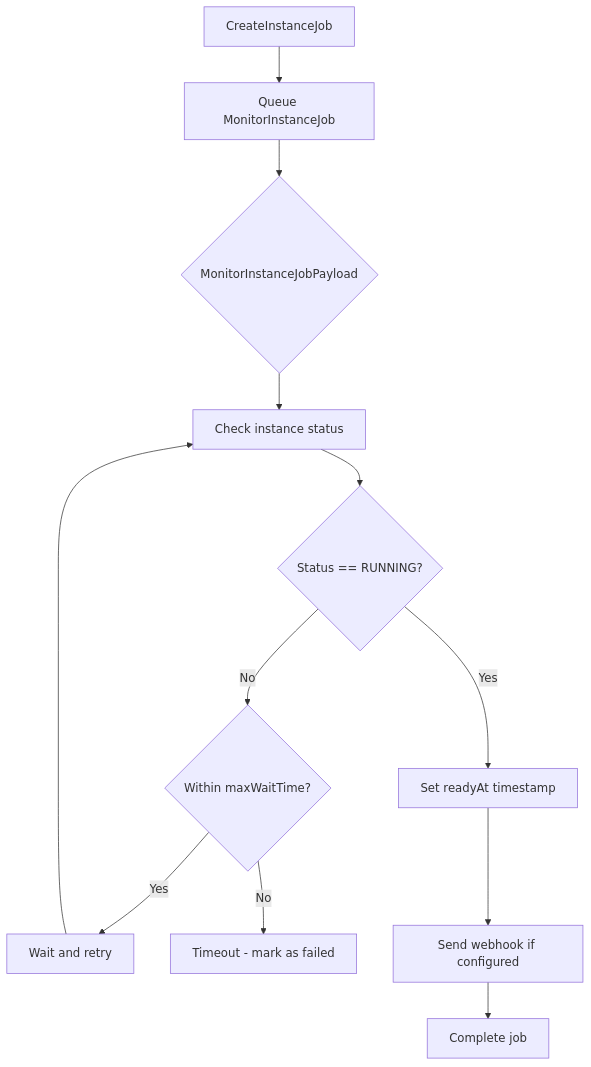
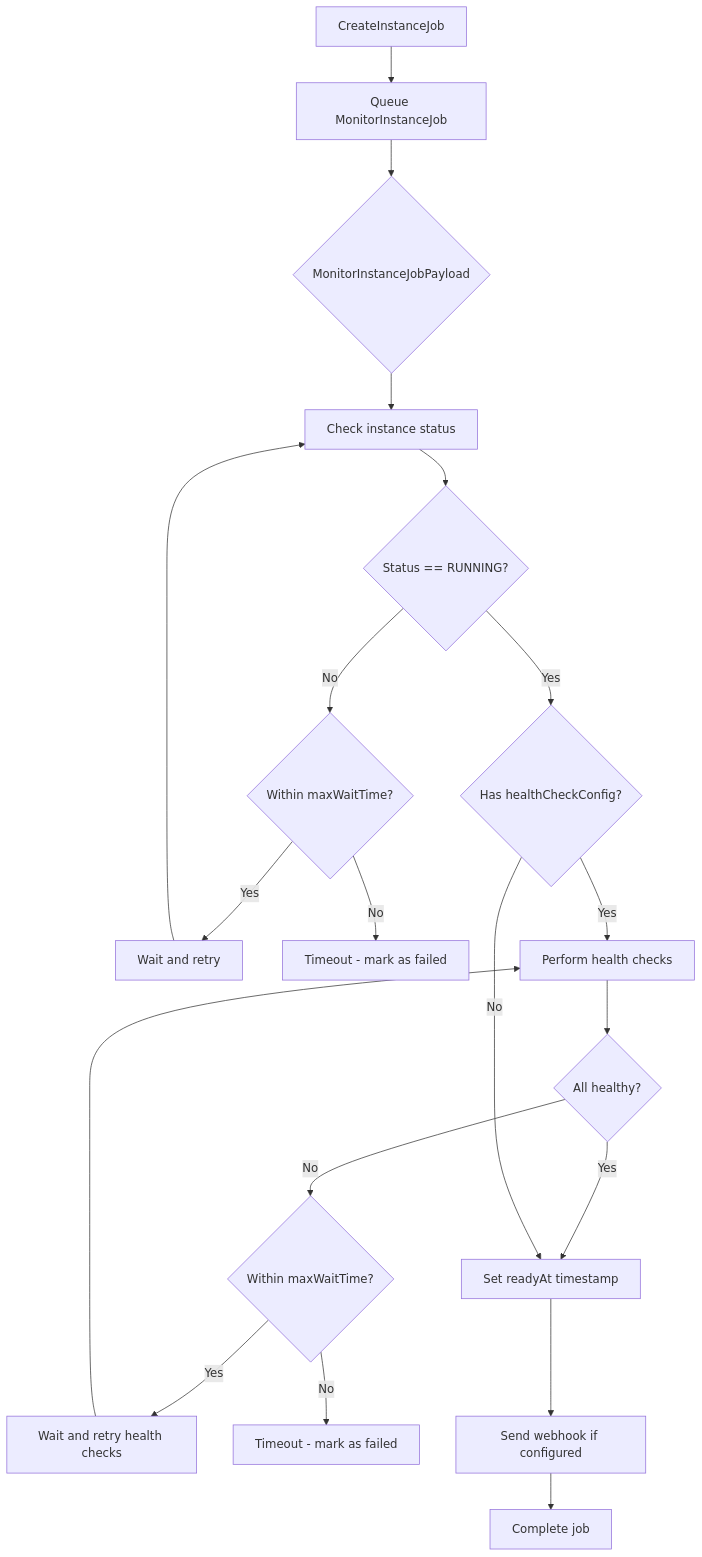
One commit to sontl/novita-ai-api changed the fourth of 8 diagrams in .qoder/repowiki/en/content/Instance Management System/Monitoring & Status Polling.md. Above: the diagram before and after it, drawn with Mermaid. The commit also changed other lines of this file and 76 other files, not shown here.

````diff
--- a/.qoder/repowiki/en/content/Instance Management System/Monitoring & Status Polling.md
+++ b/.qoder/repowiki/en/content/Instance Management System/Monitoring & Status Polling.md
@@ -128,14 +147,22 @@
 ```mermaid
 flowchart TD
 A[CreateInstanceJob] --> B[Queue MonitorInstanceJob]
 B --> C{MonitorInstanceJobPayload}
 C --> D[Check instance status]
 D --> E{Status == RUNNING?}
 E --> |No| F{Within maxWaitTime?}
 F --> |Yes| G[Wait and retry]
 G --> D
 F --> |No| H[Timeout - mark as failed]
-E --> |Yes| I[Set readyAt timestamp]
-I --> J[Send webhook if configured]
-J --> K[Complete job]
+E --> |Yes| I{Has healthCheckConfig?}
+I --> |Yes| J[Perform health checks]
+J --> K{All healthy?}
+K --> |Yes| L[Set readyAt timestamp]
+K --> |No| M{Within maxWaitTime?}
+M --> |Yes| N[Wait and retry health checks]
+N --> J
+M --> |No| O[Timeout - mark as failed]
+I --> |No| L
+L --> P[Send webhook if configured]
+P --> Q[Complete job]
 ```
````
